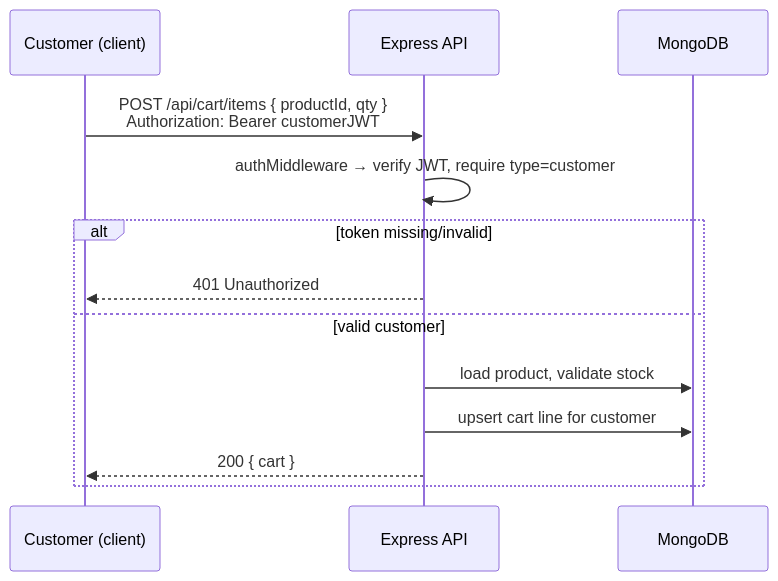
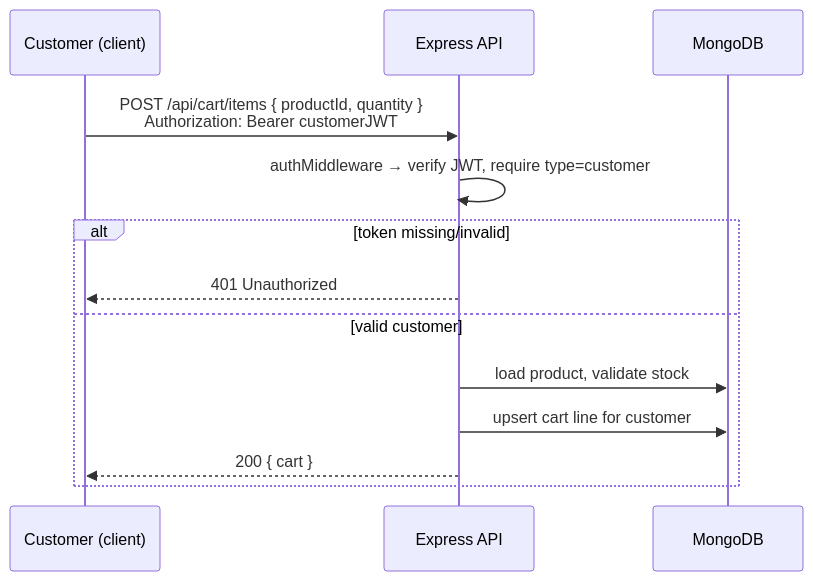
Before and after one commit to andreasarnol02/platform-lab-final-project: the second of 5 diagrams in docs/technical-requirements.md, drawn with Mermaid. The commit also changed other lines of this file and 92 other files, not shown here.

````diff
--- a/docs/technical-requirements.md
+++ b/docs/technical-requirements.md
@@ -63,16 +52,16 @@
 ```mermaid
 sequenceDiagram
     participant U as Customer (client)
     participant API as Express API
     participant DB as MongoDB
 
-    U->>API: POST /api/cart/items { productId, qty }<br/>Authorization: Bearer customerJWT
+    U->>API: POST /api/cart/items { productId, quantity }<br/>Authorization: Bearer customerJWT
     API->>API: authMiddleware → verify JWT, require type=customer
     alt token missing/invalid
         API-->>U: 401 Unauthorized
     else valid customer
         API->>DB: load product, validate stock
         API->>DB: upsert cart line for customer
         API-->>U: 200 { cart }
     end
 ```
````
